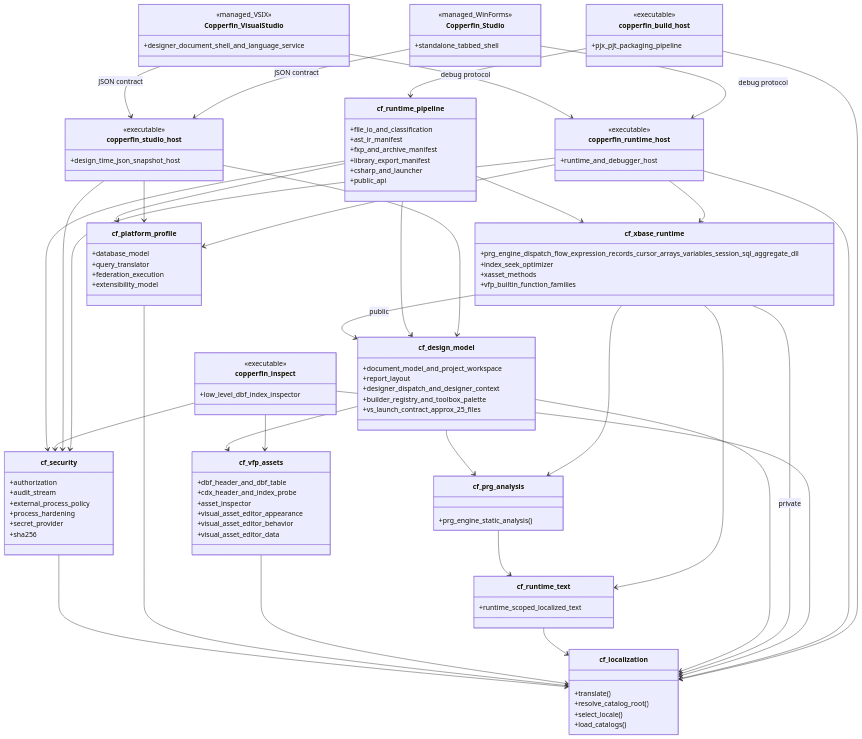
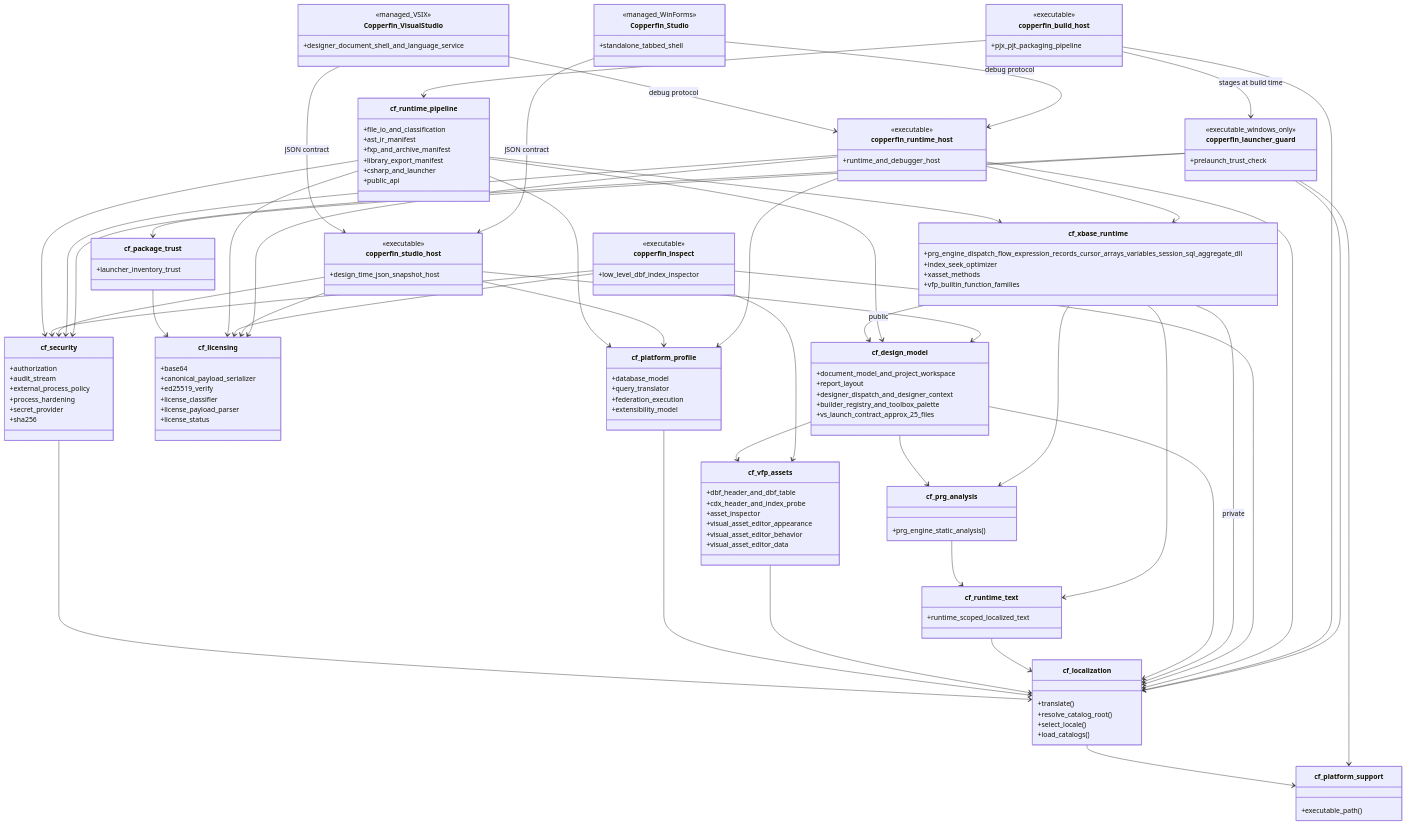
The diagram in docs/24-system-uml.md (rhamenator/Project-Copperfin), drawn with Mermaid before and after one commit. The commit also changed other lines of this file and 4 other files, not shown here.

````diff
--- a/docs/24-system-uml.md
+++ b/docs/24-system-uml.md
@@ -22,6 +22,10 @@
 ```mermaid
 classDiagram
     direction TB
+
+    class cf_platform_support {
+        +executable_path()
+    }
 
     class cf_localization {
         +translate()
@@ -37,6 +41,19 @@
         +process_hardening
         +secret_provider
         +sha256
+    }
+
+    class cf_licensing {
+        +base64
+        +canonical_payload_serializer
+        +ed25519_verify
+        +license_classifier
+        +license_payload_parser
+        +license_status
+    }
+
+    class cf_package_trust {
+        +launcher_inventory_trust
     }
 
     class cf_platform_profile {
@@ -107,6 +124,11 @@
         +pjx_pjt_packaging_pipeline
     }
 
+    class copperfin_launcher_guard {
+        <<executable_windows_only>>
+        +prelaunch_trust_check
+    }
+
     class Copperfin_VisualStudio {
         <<managed_VSIX>>
         +designer_document_shell_and_language_service
@@ -116,6 +138,9 @@
         <<managed_WinForms>>
         +standalone_tabbed_shell
     }
+
+    cf_localization --> cf_platform_support
+    cf_package_trust --> cf_licensing
 
     cf_security --> cf_localization
     cf_platform_profile --> cf_localization
@@ -136,22 +161,32 @@
     cf_runtime_pipeline --> cf_security
     cf_runtime_pipeline --> cf_platform_profile
     cf_runtime_pipeline --> cf_xbase_runtime
+    cf_runtime_pipeline --> cf_licensing
 
     copperfin_inspect --> cf_vfp_assets
     copperfin_inspect --> cf_security
+    copperfin_inspect --> cf_licensing
     copperfin_inspect --> cf_localization
 
     copperfin_studio_host --> cf_design_model
     copperfin_studio_host --> cf_security
     copperfin_studio_host --> cf_platform_profile
+    copperfin_studio_host --> cf_licensing
 
     copperfin_runtime_host --> cf_xbase_runtime
     copperfin_runtime_host --> cf_security
     copperfin_runtime_host --> cf_platform_profile
+    copperfin_runtime_host --> cf_licensing
     copperfin_runtime_host --> cf_localization
 
     copperfin_build_host --> cf_runtime_pipeline
     copperfin_build_host --> cf_localization
+    copperfin_build_host --> copperfin_launcher_guard : stages at build time
+
+    copperfin_launcher_guard --> cf_security
+    copperfin_launcher_guard --> cf_localization
+    copperfin_launcher_guard --> cf_platform_support
+    copperfin_launcher_guard --> cf_package_trust
 
     Copperfin_VisualStudio --> copperfin_studio_host : JSON contract
     Copperfin_VisualStudio --> copperfin_runtime_host : debug protocol
````
